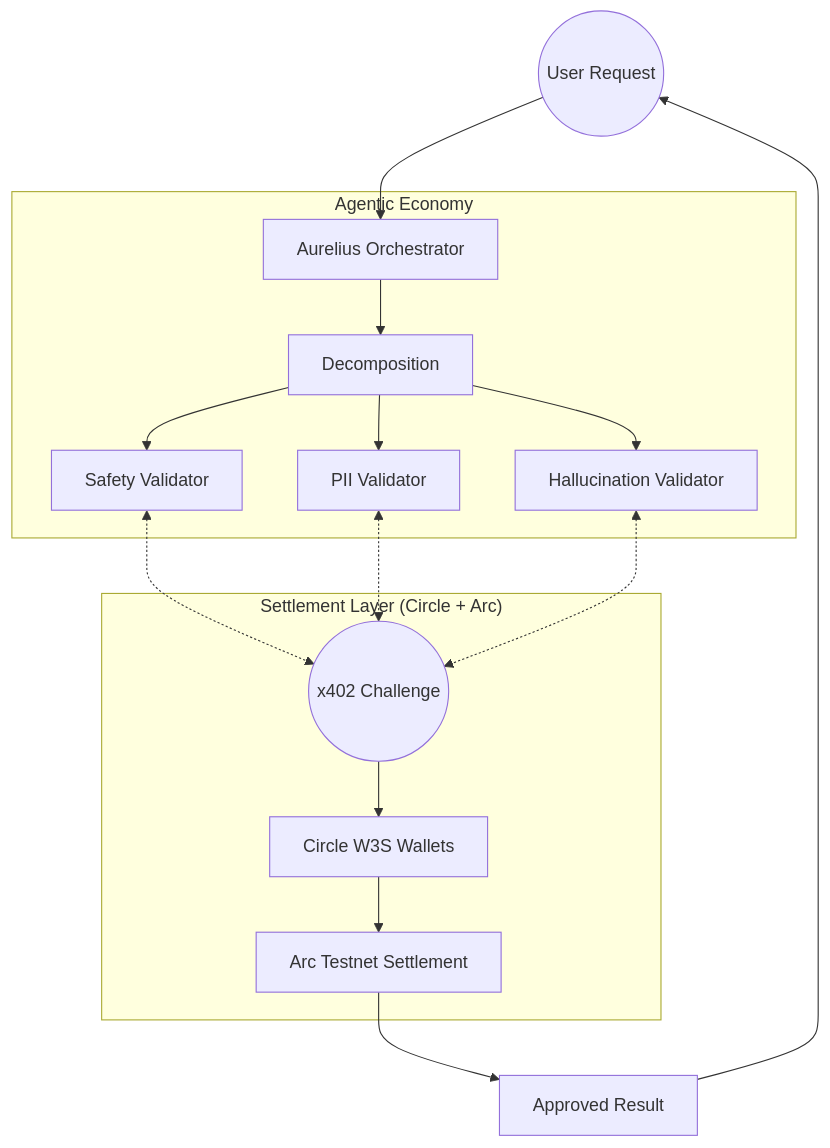
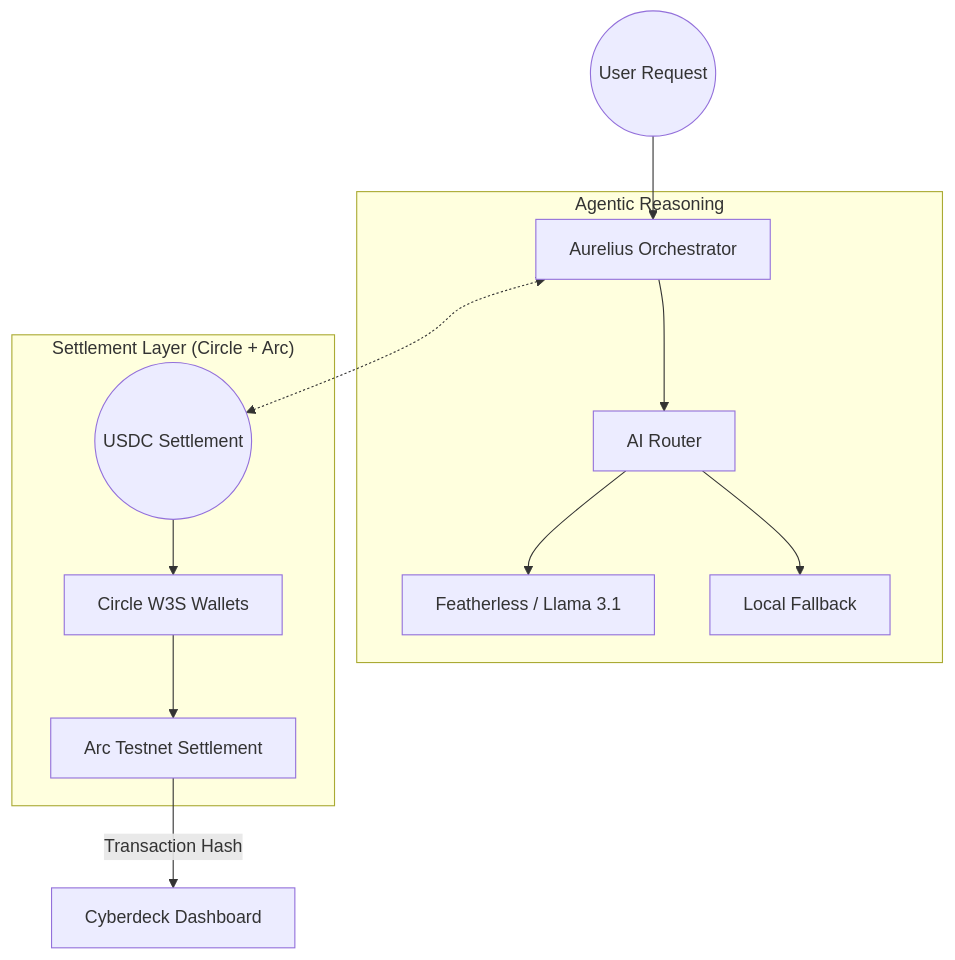
One commit to rasali535/Aurelius changed the diagram in README.md. Above: the diagram before and after it, drawn with Mermaid. The commit also changed other lines of this file and 5 other files, not shown here.

Commit message:
docs: upgrade readme to reflect production arc mission and live dashboard

````diff
--- a/README.md
+++ b/README.md
@@ -38,22 +48,18 @@
 ```mermaid
 graph TD
     User((User Request)) --> Orchestrator[Aurelius Orchestrator]
     
-    subgraph "Agentic Economy"
-        Orchestrator --> Task1[Decomposition]
-        Task1 --> V1[Safety Validator]
-        Task1 --> V2[PII Validator]
-        Task1 --> V3[Hallucination Validator]
+    subgraph "Agentic Reasoning"
+        Orchestrator --> Router[AI Router]
+        Router --> Llama[Featherless / Llama 3.1]
+        Router --> Phi[Local Fallback]
     end
 
     subgraph "Settlement Layer (Circle + Arc)"
-        V1 <-.-> x402((x402 Challenge))
-        V2 <-.-> x402
-        V3 <-.-> x402
+        Orchestrator <-.-> x402((USDC Settlement))
         x402 --> W3S[Circle W3S Wallets]
         W3S --> Arc[Arc Testnet Settlement]
     end
     
-    Arc --> Result[Approved Result]
-    Result --> User
+    Arc -- Transaction Hash --> Dashboard[Cyberdeck Dashboard]
 ```
````
